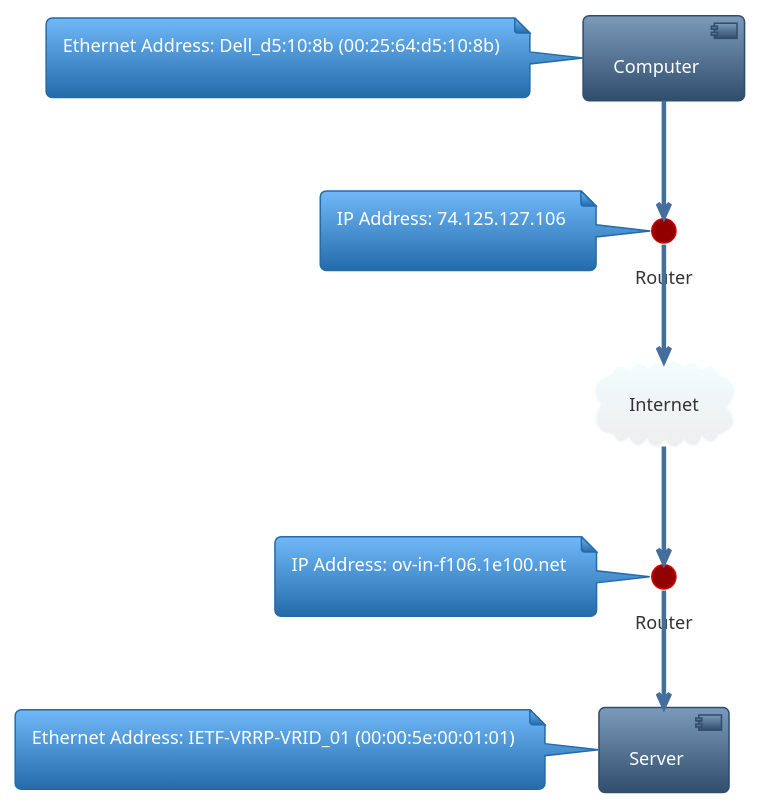
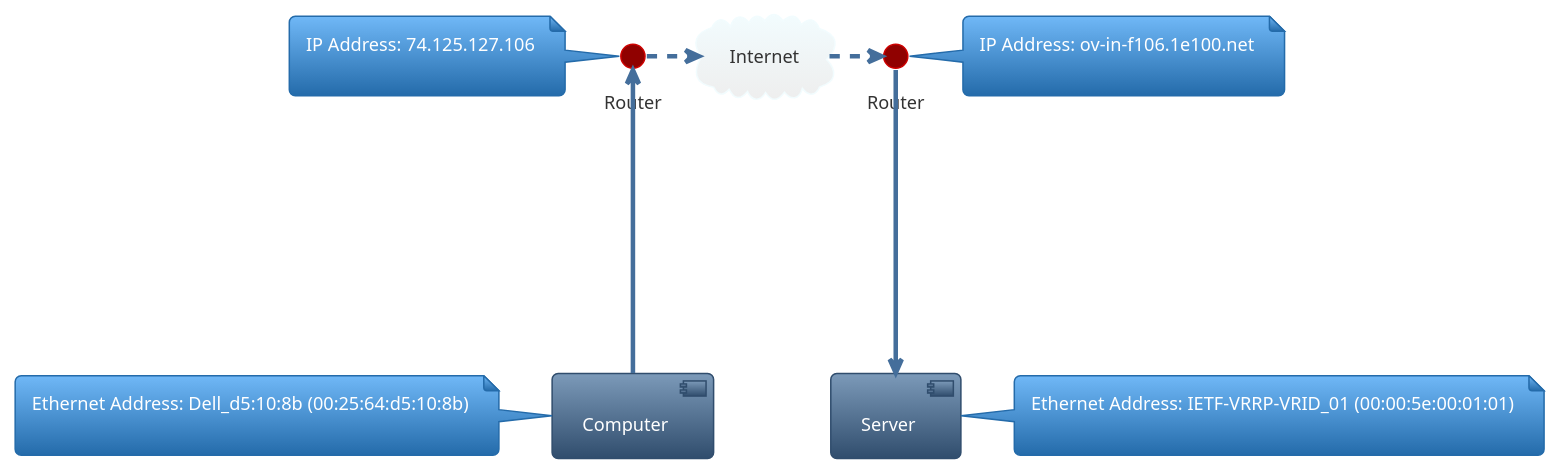
Before and after one commit to zachporter1999/SYSC4602-Assignments: the diagram in assignment-3/diragrams/assignment3-part4.plantuml, drawn with PlantUML. The commit also changed 3 other files, not shown here.

```diff
--- a/assignment-3/diragrams/assignment3-part4.plantuml
+++ b/assignment-3/diragrams/assignment3-part4.plantuml
@@ -1,21 +1,21 @@
 @startuml
 
 !theme spacelab
 
 component computer   as "Computer"
 circle    src_router as "Router"
 cloud     internet   as "Internet"
 circle    dst_router as "Router"
 component server     as "Server"
 
+note left of computer   : Ethernet Address: Dell_d5:10:8b (00:25:64:d5:10:8b)\n
 note left of src_router : IP Address: 74.125.127.106\n
-note left of computer   : Ethernet Address: Dell_d5:10:8b (00:25:64:d5:10:8b)\n
-note left of server     : Ethernet Address: IETF-VRRP-VRID_01 (00:00:5e:00:01:01)\n
-note left of dst_router : IP Address: ov-in-f106.1e100.net\n
+note right of dst_router : IP Address: ov-in-f106.1e100.net\n
+note right of server     : Ethernet Address: IETF-VRRP-VRID_01 (00:00:5e:00:01:01)\n
 
-computer   --> src_router
-src_router --> internet
-internet   --> dst_router
-dst_router --> server
+computer   --u--> src_router
+src_router ..r..> internet
+internet   ..r..> dst_router
+dst_router --d--> server
 
 @enduml
```
